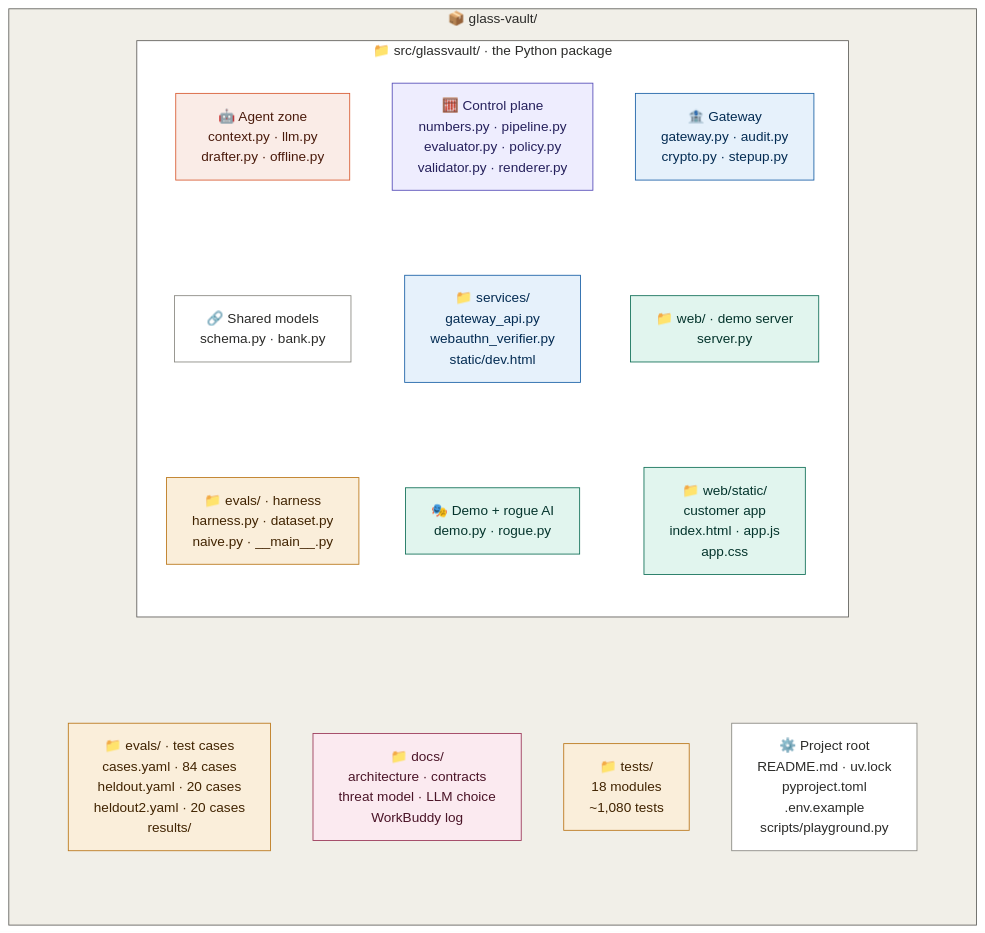
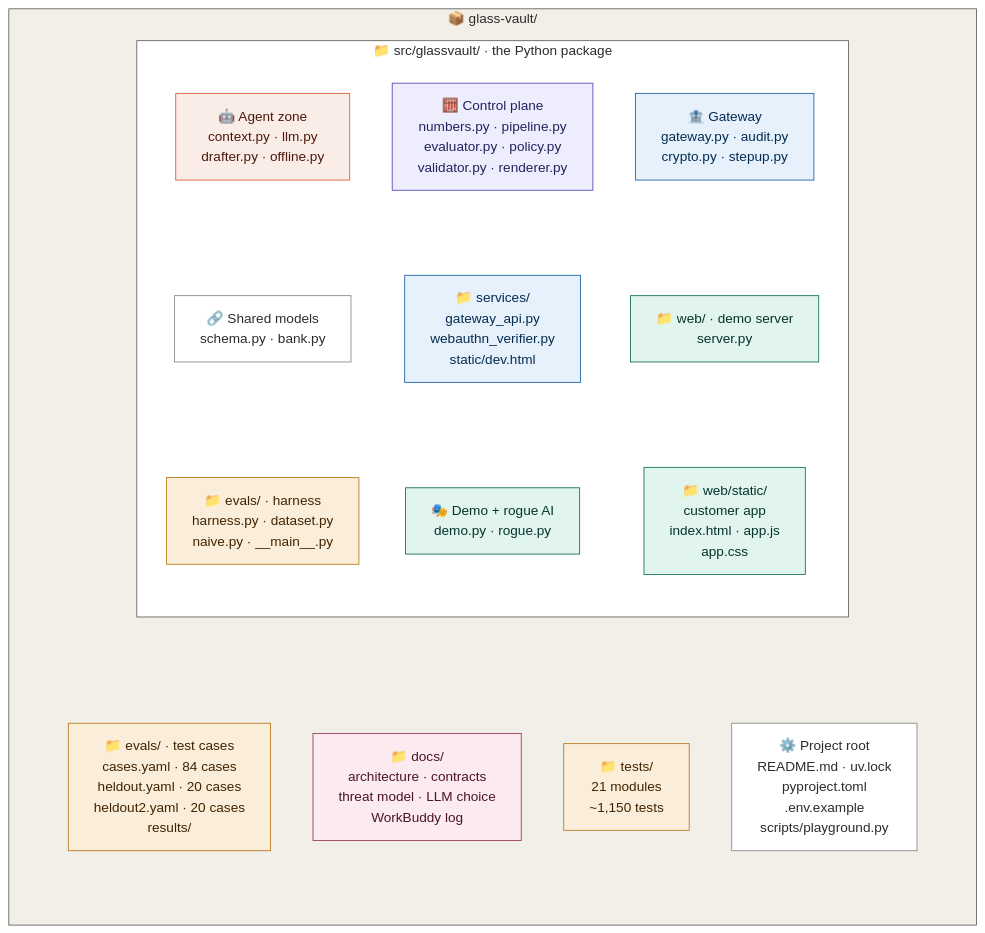
The second of 2 diagrams in docs/ARCHITECTURE.md (Luo-Z-Y/glass-vault), drawn with Mermaid (base theme) before and after one commit. The commit also changed other lines of this file and 10 other files, not shown here.

````diff
--- a/docs/ARCHITECTURE.md
+++ b/docs/ARCHITECTURE.md
@@ -113,47 +113,47 @@
 ```mermaid
 flowchart TB
     subgraph repo["📦 glass-vault/"]
         direction TB
         subgraph pkg["📁 src/glassvault/ · the Python package"]
             direction TB
             g_agent["🤖 Agent zone<br/>context.py · llm.py<br/>drafter.py · offline.py"]
             g_control["🧮 Control plane<br/>numbers.py · pipeline.py<br/>evaluator.py · policy.py<br/>validator.py · renderer.py"]
             g_gateway["🏦 Gateway<br/>gateway.py · audit.py<br/>crypto.py · stepup.py"]
             g_shared["🔗 Shared models<br/>schema.py · bank.py"]
             g_services["📁 services/<br/>gateway_api.py<br/>webauthn_verifier.py<br/>static/dev.html"]
             g_web["📁 web/ · demo server<br/>server.py"]
             g_static["📁 web/static/<br/>customer app<br/>index.html · app.js<br/>app.css"]
             g_evals["📁 evals/ · harness<br/>harness.py · dataset.py<br/>naive.py · __main__.py"]
             g_demo["🎭 Demo + rogue AI<br/>demo.py · rogue.py"]
             g_agent ~~~ g_shared ~~~ g_evals
             g_control ~~~ g_services ~~~ g_demo
             g_gateway ~~~ g_web ~~~ g_static
         end
         subgraph rest[" "]
             direction TB
             r_evals["📁 evals/ · test cases<br/>cases.yaml · 84 cases<br/>heldout.yaml · 20 cases<br/>heldout2.yaml · 20 cases<br/>results/"]
             r_docs["📁 docs/<br/>architecture · contracts<br/>threat model · LLM choice<br/>WorkBuddy log"]
-            r_tests["📁 tests/<br/>18 modules<br/>~1,080 tests"]
+            r_tests["📁 tests/<br/>21 modules<br/>~1,150 tests"]
             r_project["⚙️ Project root<br/>README.md · uv.lock<br/>pyproject.toml<br/>.env.example<br/>scripts/playground.py"]
         end
         pkg ~~~ rest
     end
 
     classDef shared fill:#FFFFFF,stroke:#888780,color:#2C2C2A
     classDef agentN fill:#FAECE7,stroke:#D85A30,color:#4A1B0C
     classDef controlN fill:#EEEDFE,stroke:#534AB7,color:#26215C
     classDef gatewayN fill:#E6F1FB,stroke:#185FA5,color:#042C53
     classDef demoN fill:#E1F5EE,stroke:#0F6E56,color:#04342C
     classDef testN fill:#FAEEDA,stroke:#BA7517,color:#412402
     classDef docN fill:#FBEAF0,stroke:#993556,color:#4B1528
     class g_shared,r_project shared
     class g_agent agentN
     class g_control controlN
     class g_gateway,g_services gatewayN
     class g_web,g_static,g_demo demoN
     class g_evals,r_evals,r_tests testN
     class r_docs docN
     style repo fill:#F1EFE8,stroke:#5F5E5A,color:#2C2C2A
     style pkg fill:#FFFFFF,stroke:#5F5E5A,color:#2C2C2A
     style rest fill:none,stroke:none
 ```
````
